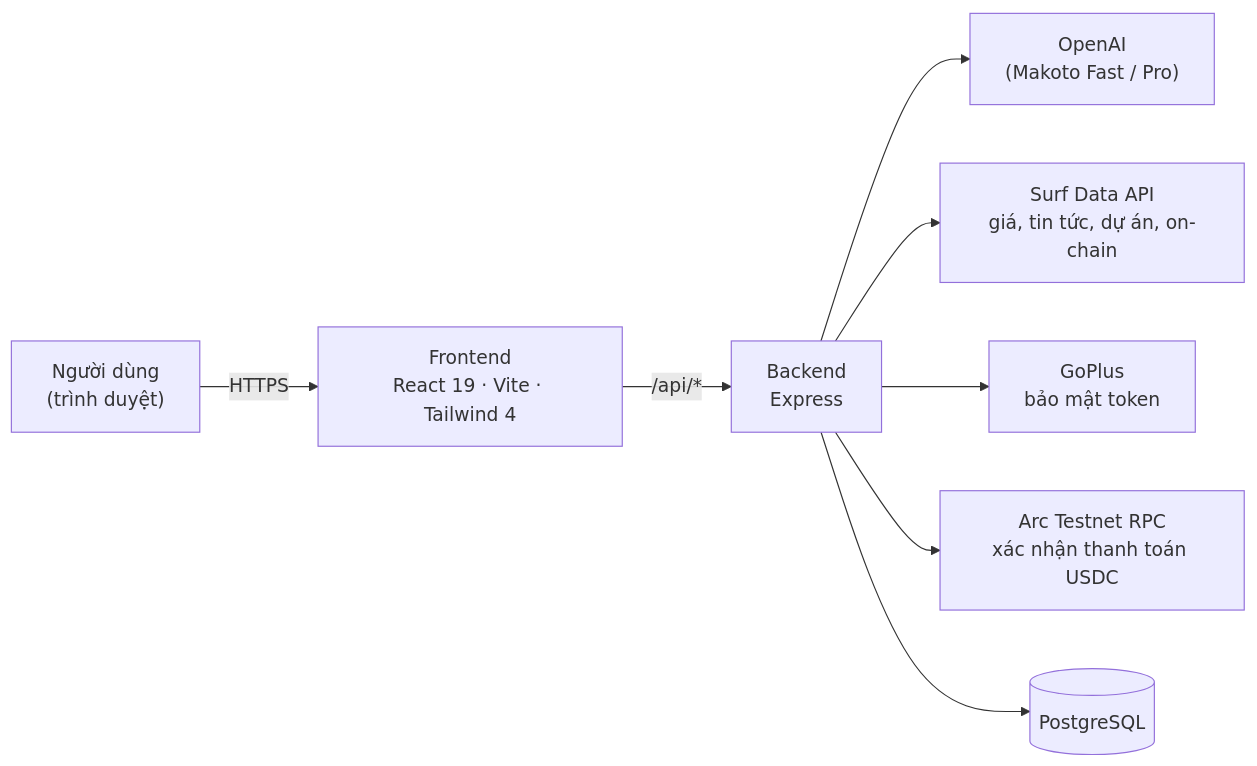
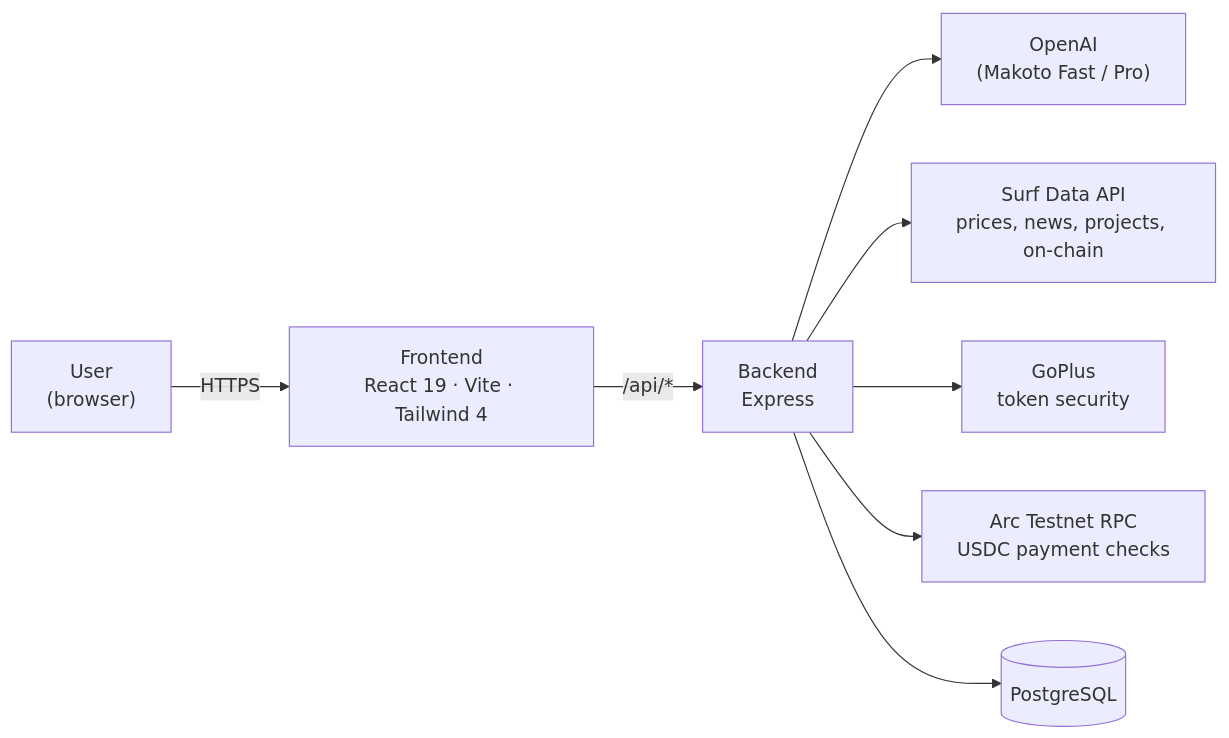
One commit to congthuat/Makoto-Ai-Arc-Testnet- changed the second of 2 diagrams in README.md. Above: the diagram before and after it, drawn with Mermaid. The commit also changed other lines of this file and 6 other files, not shown here.

````diff
--- a/README.md
+++ b/README.md
@@ -107,10 +112,10 @@
 ```mermaid
 flowchart LR
-    U["Người dùng<br/>(trình duyệt)"] -->|HTTPS| F["Frontend<br/>React 19 · Vite · Tailwind 4"]
+    U["User<br/>(browser)"] -->|HTTPS| F["Frontend<br/>React 19 · Vite · Tailwind 4"]
     F -->|"/api/*"| B["Backend<br/>Express"]
     B --> O["OpenAI<br/>(Makoto Fast / Pro)"]
-    B --> S["Surf Data API<br/>giá, tin tức, dự án, on-chain"]
-    B --> G["GoPlus<br/>bảo mật token"]
-    B --> A["Arc Testnet RPC<br/>xác nhận thanh toán USDC"]
+    B --> S["Surf Data API<br/>prices, news, projects, on-chain"]
+    B --> G["GoPlus<br/>token security"]
+    B --> A["Arc Testnet RPC<br/>USDC payment checks"]
     B --> D[("PostgreSQL")]
 ```
````
